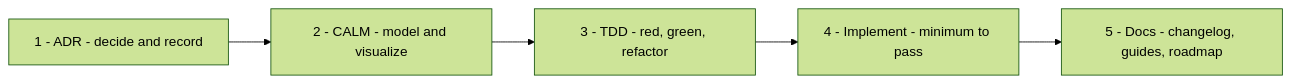
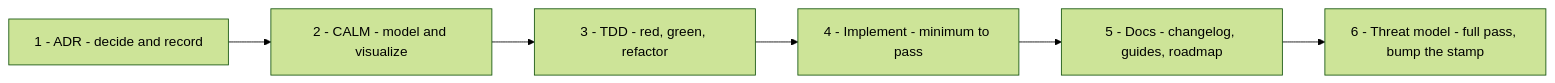
Before and after one commit to finos/5-spot: the diagram in docs/src/development/index.md, drawn with Mermaid (forest theme). The commit also changed other lines of this file and 14 other files, not shown here.

````diff
--- a/docs/src/development/index.md
+++ b/docs/src/development/index.md
@@ -10,10 +10,11 @@
 ```mermaid
 flowchart LR
     ADR["1 - ADR - decide and record"]
     CALM["2 - CALM - model and visualize"]
     TDD["3 - TDD - red, green, refactor"]
     IMPL["4 - Implement - minimum to pass"]
     DOCS["5 - Docs - changelog, guides, roadmap"]
+    TM["6 - Threat model - full pass, bump the stamp"]
 
-    ADR --> CALM --> TDD --> IMPL --> DOCS
+    ADR --> CALM --> TDD --> IMPL --> DOCS --> TM
 ```
````
